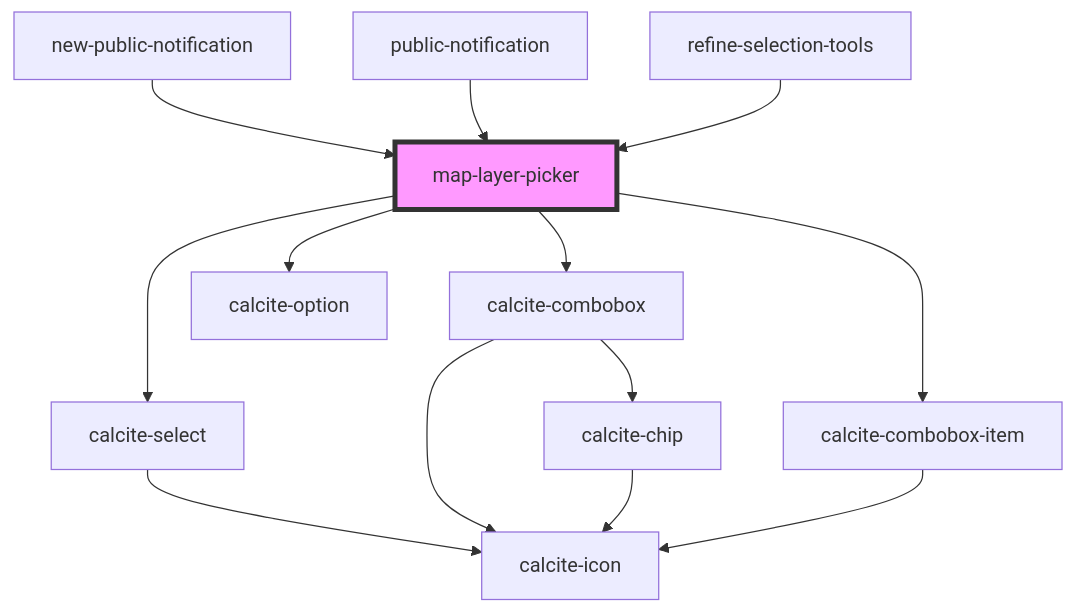
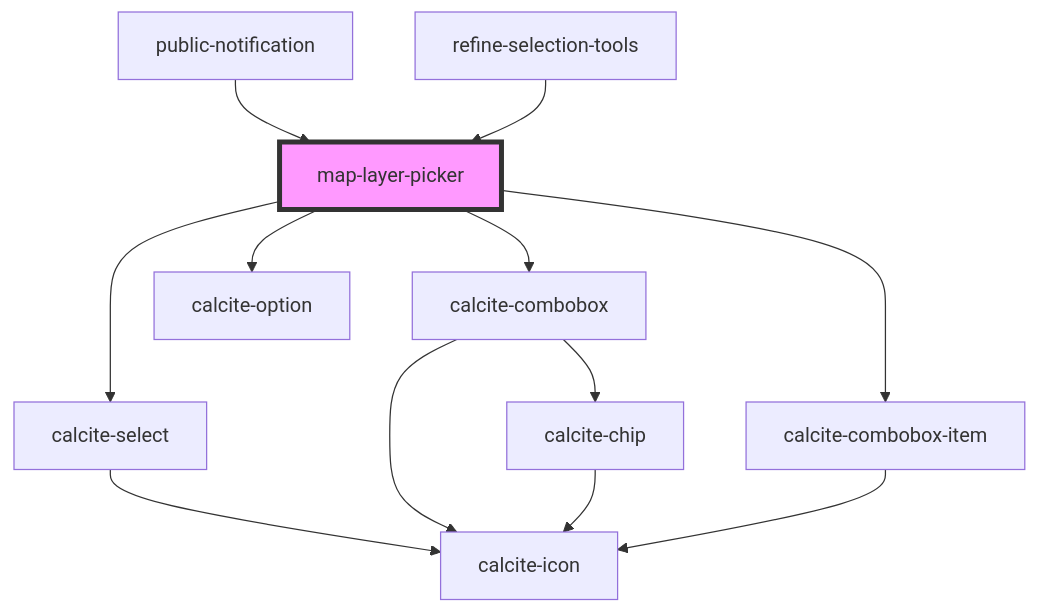
The diagram in src/components/map-layer-picker/readme.md (Esri/solutions-components), drawn with Mermaid before and after one commit. The commit also changed other lines of this file and 21 other files, not shown here.

Commit message:
move new-public-notification to public-notification

````diff
--- a/src/components/map-layer-picker/readme.md
+++ b/src/components/map-layer-picker/readme.md
@@ -41,16 +40,15 @@
 ```mermaid
 graph TD;
   map-layer-picker --> calcite-select
   map-layer-picker --> calcite-combobox
   map-layer-picker --> calcite-combobox-item
   map-layer-picker --> calcite-option
   calcite-select --> calcite-icon
   calcite-combobox --> calcite-chip
   calcite-combobox --> calcite-icon
   calcite-chip --> calcite-icon
   calcite-combobox-item --> calcite-icon
-  new-public-notification --> map-layer-picker
   public-notification --> map-layer-picker
   refine-selection-tools --> map-layer-picker
   style map-layer-picker fill:#f9f,stroke:#333,stroke-width:4px
 ```
````
